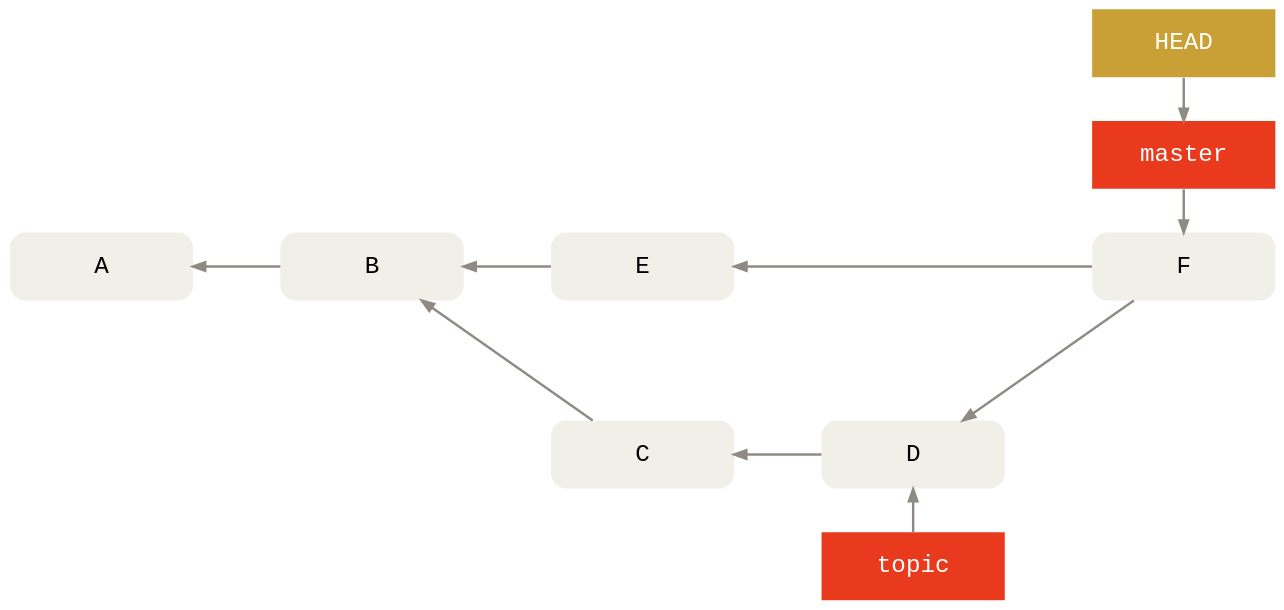
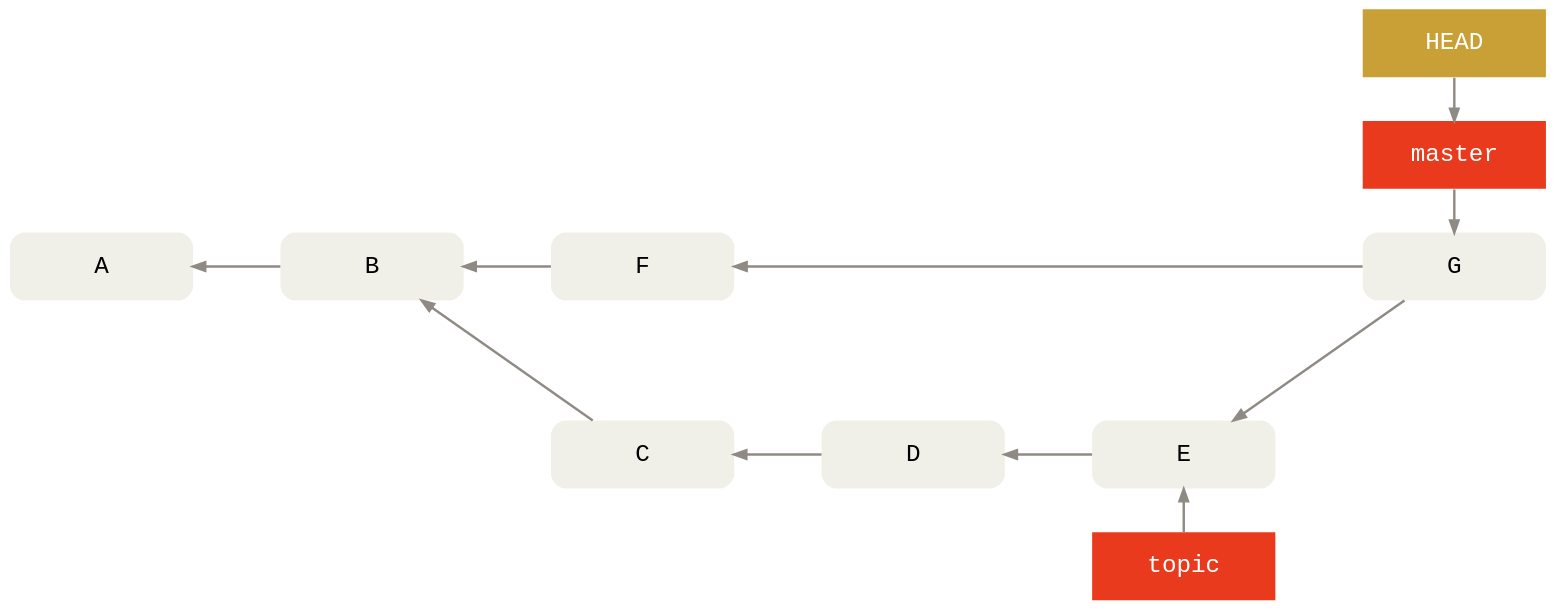
The diagram in images/integration/diverged-history-merge.gv (agross/git-reveal), drawn with Graphviz before and after one commit. The commit also changed 9 other files, not shown here.

Commit message:
Align diverged graphs with the in-training examples

```diff
--- a/images/integration/diverged-history-merge.gv
+++ b/images/integration/diverged-history-merge.gv
@@ -1,49 +1,51 @@
 digraph Git {
   bgcolor="transparent"
 
   rankdir=LR
   ranksep=1
   nodesep=.5
   splines=line
 
   edge [color="#8f8a83"
         penwidth=2
         dir="back"]
   node [shape=box
         fontname="Menlo, Monaco, Consolas, Lucida Console, Courier New, monospace"
         fontsize=20
         margin=".2,.23"
         width=2.1
         penwidth=0]
 
   node [style="rounded,filled"
         fillcolor="#f0efe8"]
   node [group=master]
-  A -> B -> E
-  E -> F [weight=2]
-  // X is invisible and used for alignment only.
+  A -> B -> F
+  F -> G [weight=2]
+  // X and Y are invisible and used for alignment only.
   X [label="" fillcolor=transparent]
-  E->X [style=invis]
-  X->F [style=invis]
+  Y [label="" fillcolor=transparent]
+  F->X [style=invis]
+  X->Y [style=invis]
+  Y->G [style=invis]
   node [group=topic]
-  B -> C -> D -> F
+  B -> C -> D -> E -> G
 
   node [style="filled"
         fontcolor="#ffffff"
         fillcolor="#e93a1d"]
   HEAD [fillcolor="#c8a036"]
 
   subgraph cluster_master {
     style=invis
     {
       rank=same
-      F -> master -> HEAD
+      G -> master -> HEAD
     }
   }
 
   // No cluster draws label below.
   {
     rank=same
-    D -> topic
+    E -> topic
   }
 }
```
